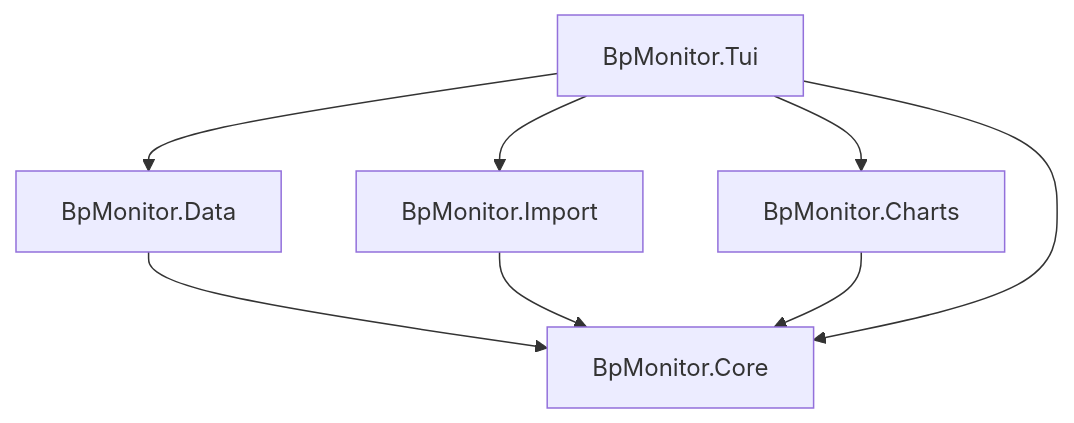
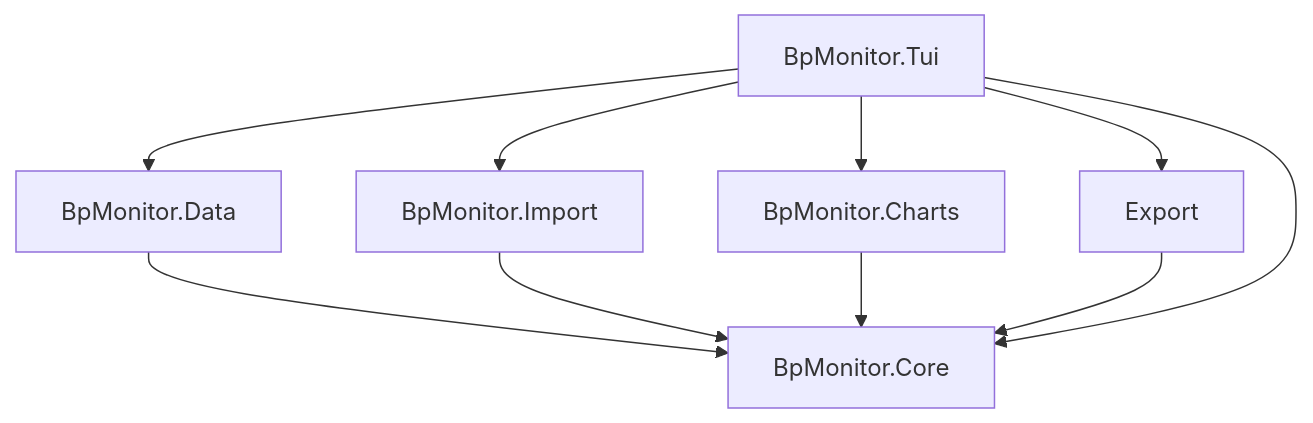
The diagram in docs/architecture.md (draptik/BpMonitor), drawn with Mermaid before and after one commit. The commit also changed other lines of this file and 2 other files, not shown here.

Commit message:
✅ test: add ArchUnit coverage for BpMonitor.Export (#76)

````diff
--- a/docs/architecture.md
+++ b/docs/architecture.md
@@ -65,16 +67,18 @@
 ```mermaid
 graph TD
     Core[BpMonitor.Core]
     Data[BpMonitor.Data]
     Import[BpMonitor.Import]
     Charts[BpMonitor.Charts]
     Tui[BpMonitor.Tui]
 
     Data --> Core
     Import --> Core
     Charts --> Core
+    Export --> Core
     Tui --> Core
     Tui --> Data
     Tui --> Import
     Tui --> Charts
+    Tui --> Export
 ```
````
